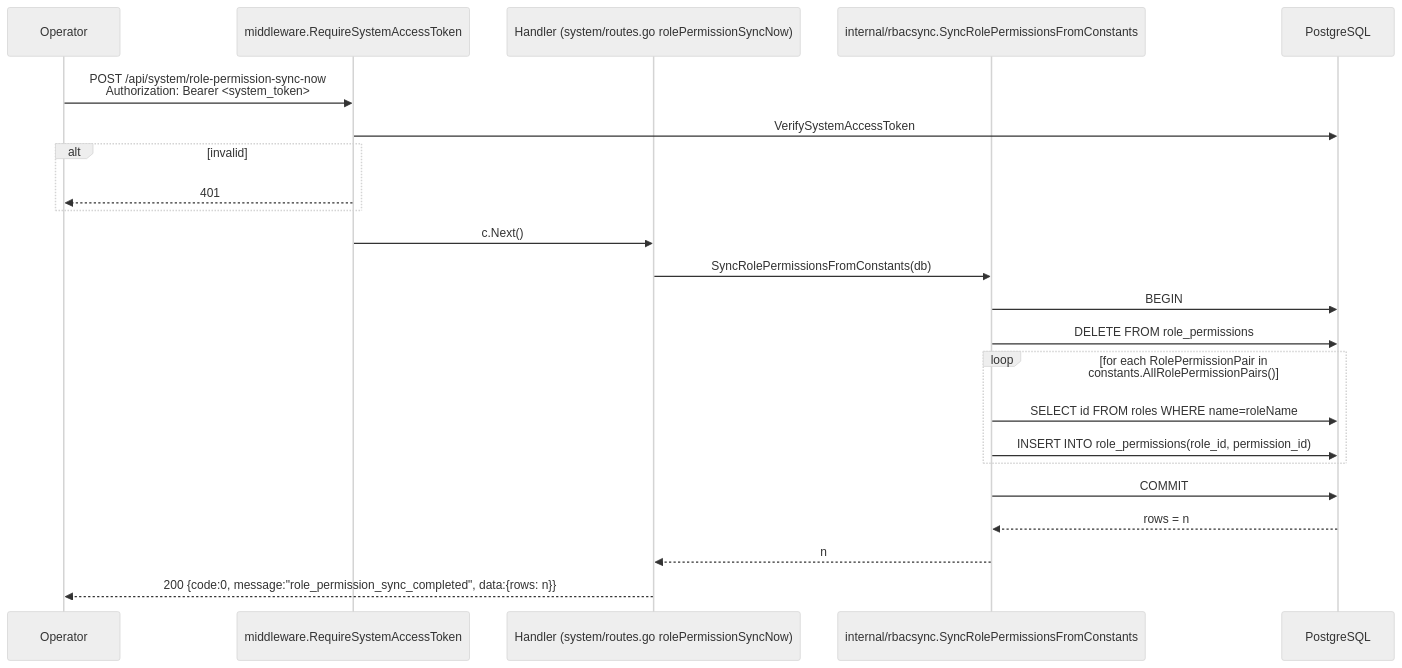
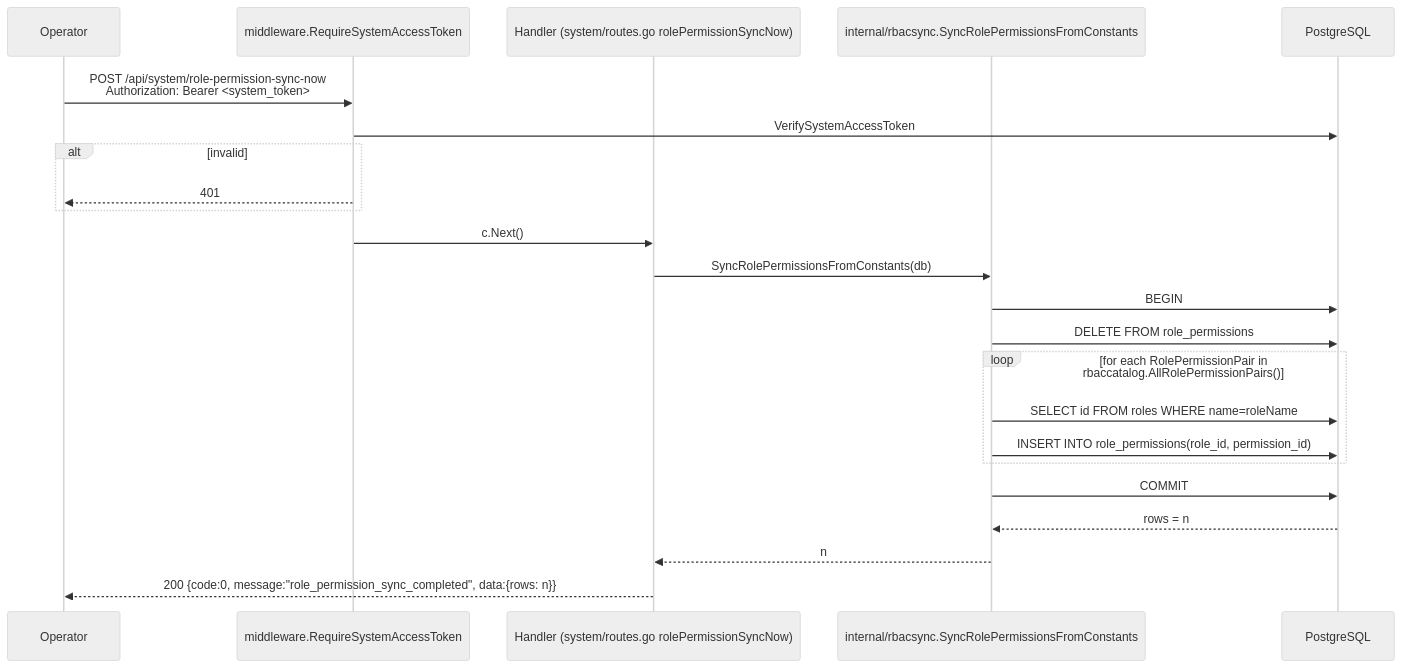
Before and after one commit to lkienkle11/be-mycourse: the tenth of 23 diagrams in docs/sequence_diagrams.md, drawn with Mermaid (neutral theme). The commit also changed other lines of this file and 10 other files, not shown here.

Commit message:
docs: update media webhook and taxonomy architecture notes

````diff
--- a/docs/sequence_diagrams.md
+++ b/docs/sequence_diagrams.md
@@ -490,28 +490,28 @@
 ```mermaid
 sequenceDiagram
     participant Op as Operator
     participant MW as middleware.RequireSystemAccessToken
     participant H as Handler (system/routes.go rolePermissionSyncNow)
     participant Sync as internal/rbacsync.SyncRolePermissionsFromConstants
     participant DB as PostgreSQL
 
     Op->>MW: POST /api/system/role-permission-sync-now<br/>Authorization: Bearer <system_token>
     MW->>DB: VerifySystemAccessToken
     alt invalid
         MW-->>Op: 401
     end
     MW->>H: c.Next()
 
     H->>Sync: SyncRolePermissionsFromConstants(db)
     Sync->>DB: BEGIN
     Sync->>DB: DELETE FROM role_permissions
-    loop for each RolePermissionPair in constants.AllRolePermissionPairs()
+    loop for each RolePermissionPair in rbaccatalog.AllRolePermissionPairs()
         Sync->>DB: SELECT id FROM roles WHERE name=roleName
         Sync->>DB: INSERT INTO role_permissions(role_id, permission_id)
     end
     Sync->>DB: COMMIT
     DB-->>Sync: rows = n
     Sync-->>H: n
 
     H-->>Op: 200 {code:0, message:"role_permission_sync_completed", data:{rows: n}}
 ```
````
